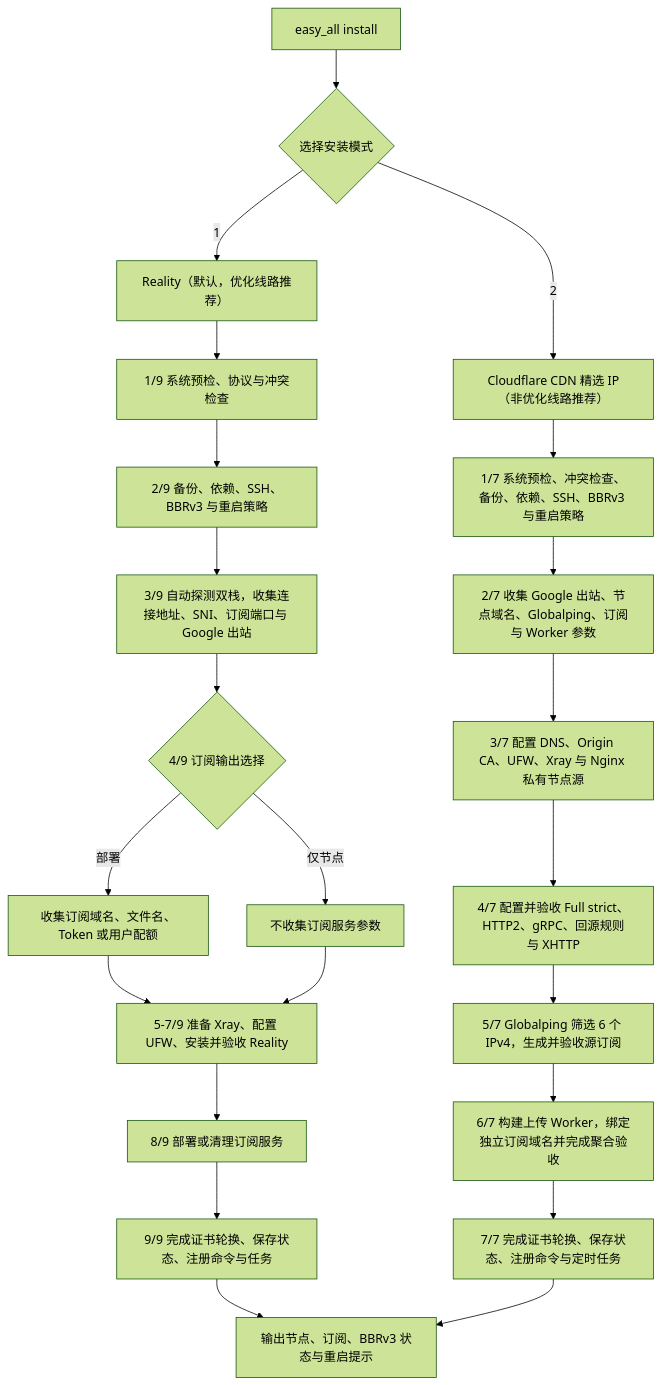
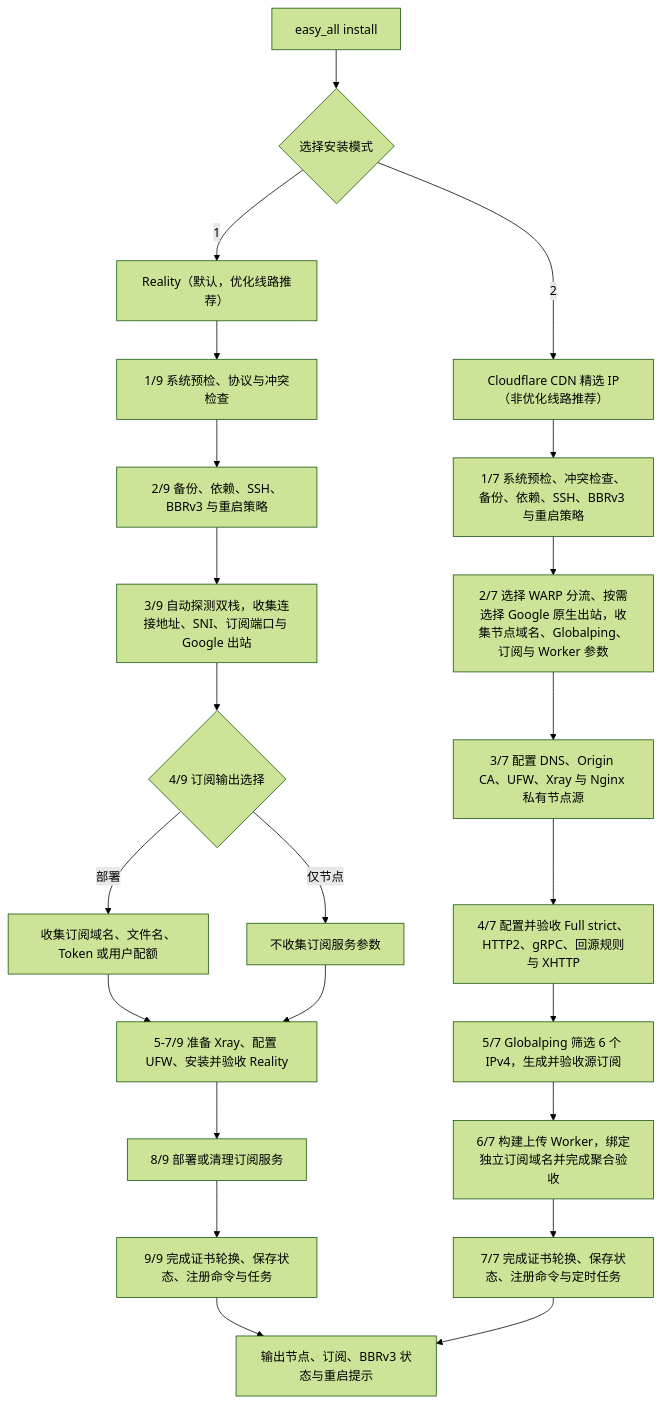
Before and after one commit to v2yiz/easy_all: the diagram in README.md, drawn with Mermaid (forest theme). The commit also changed other lines of this file and 11 other files, not shown here.

````diff
--- a/README.md
+++ b/README.md
@@ -285,27 +285,27 @@
 ```mermaid
 graph TD
     A["easy_all install"] --> B{"选择安装模式"}
 
     B -->|1| R0["Reality（默认，优化线路推荐）"]
     R0 --> R1["1/9 系统预检、协议与冲突检查"]
     R1 --> R2["2/9 备份、依赖、SSH、BBRv3 与重启策略"]
     R2 --> R3["3/9 自动探测双栈，收集连接地址、SNI、订阅端口与 Google 出站"]
     R3 --> R4{"4/9 订阅输出选择"}
     R4 -->|部署| R5["收集订阅域名、文件名、Token 或用户配额"]
     R4 -->|仅节点| R6["不收集订阅服务参数"]
     R5 --> R7["5-7/9 准备 Xray、配置 UFW、安装并验收 Reality"]
     R6 --> R7
     R7 --> R8["8/9 部署或清理订阅服务"]
     R8 --> R9["9/9 完成证书轮换、保存状态、注册命令与任务"]
     R9 --> Z["输出节点、订阅、BBRv3 状态与重启提示"]
 
     B -->|2| C0["Cloudflare CDN 精选 IP（非优化线路推荐）"]
     C0 --> C1["1/7 系统预检、冲突检查、备份、依赖、SSH、BBRv3 与重启策略"]
-    C1 --> C2["2/7 收集 Google 出站、节点域名、Globalping、订阅与 Worker 参数"]
+    C1 --> C2["2/7 选择 WARP 分流、按需选择 Google 原生出站，收集节点域名、Globalping、订阅与 Worker 参数"]
     C2 --> C3["3/7 配置 DNS、Origin CA、UFW、Xray 与 Nginx 私有节点源"]
     C3 --> C4["4/7 配置并验收 Full strict、HTTP2、gRPC、回源规则与 XHTTP"]
     C4 --> C5["5/7 Globalping 筛选 6 个 IPv4，生成并验收源订阅"]
     C5 --> C6["6/7 构建上传 Worker，绑定独立订阅域名并完成聚合验收"]
     C6 --> C7["7/7 完成证书轮换、保存状态、注册命令与定时任务"]
     C7 --> Z
 ```
````
